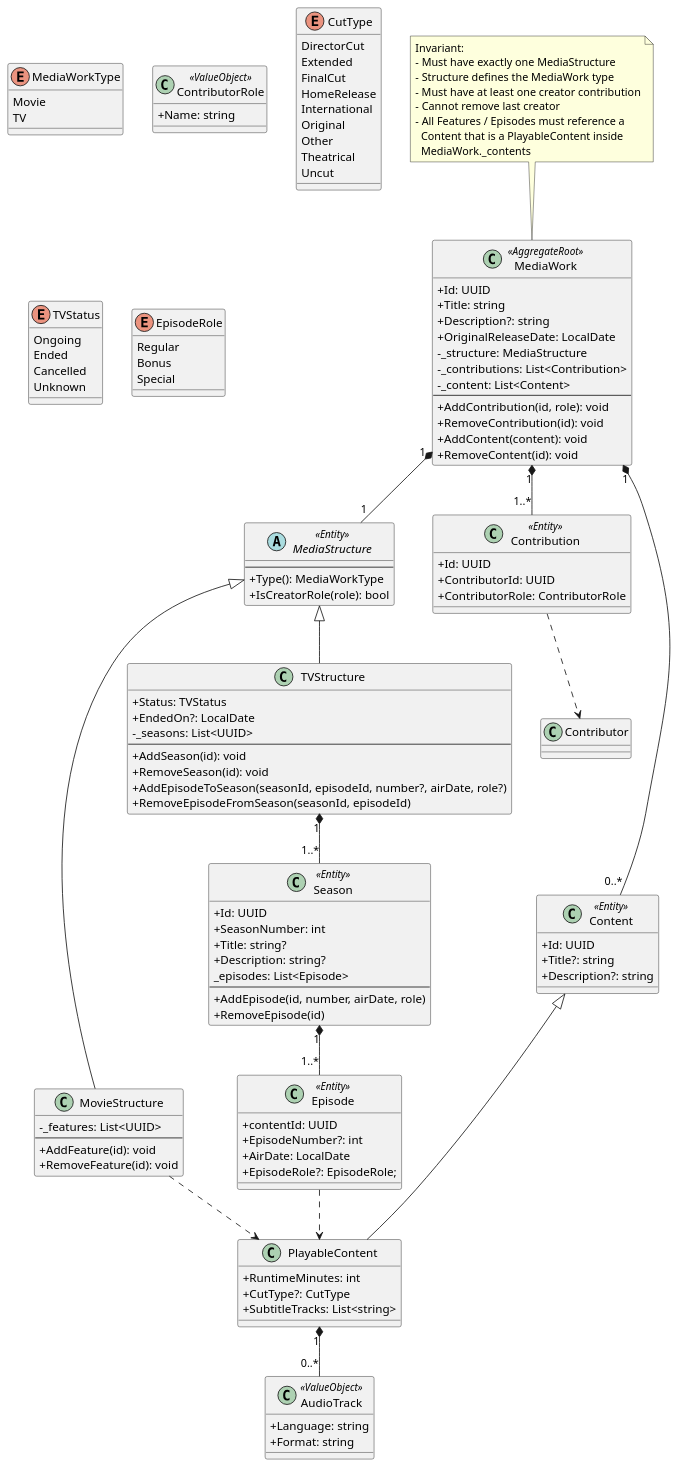
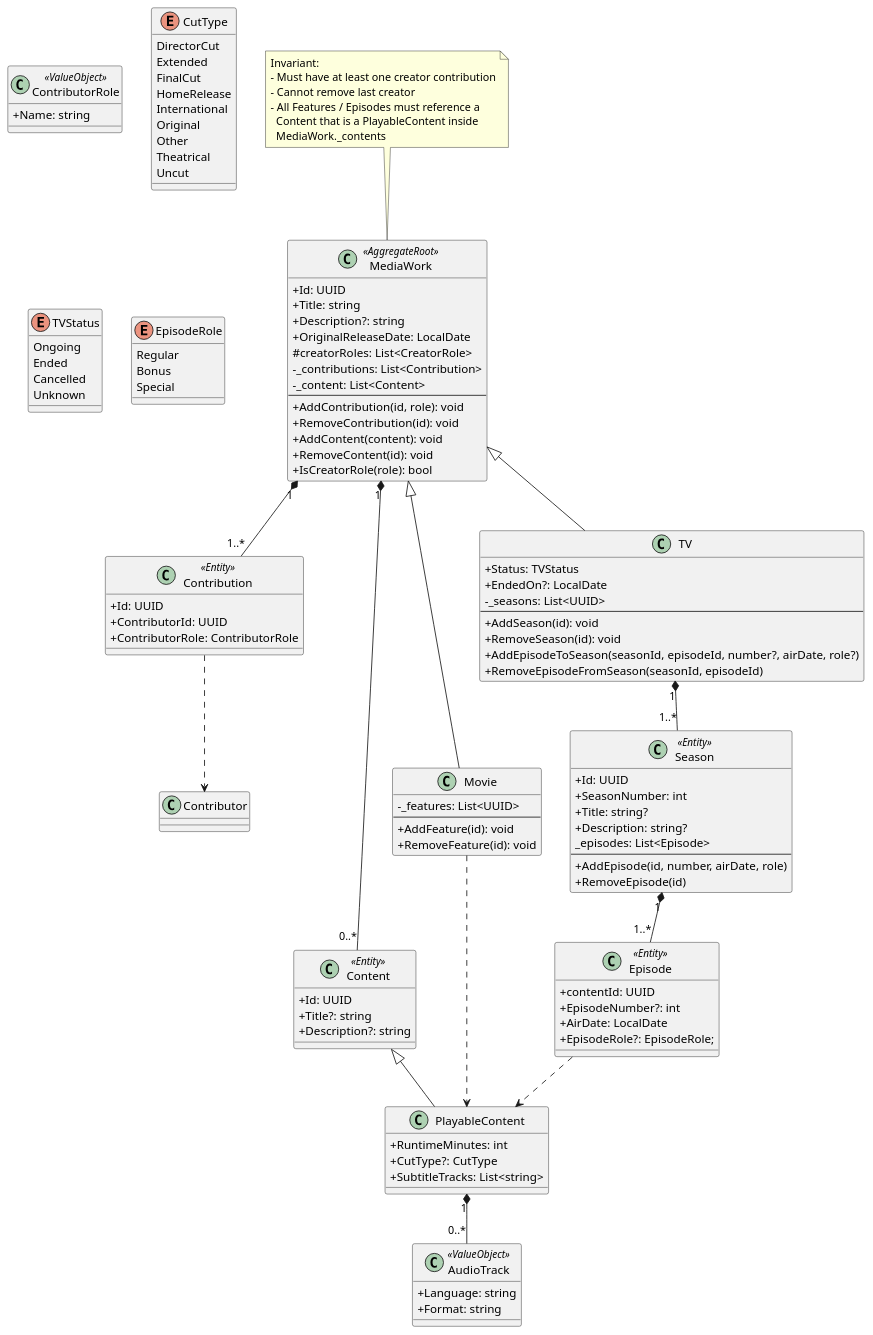
One commit to yantue/colleq changed the diagram in docs/uml/domain/domain-media-work.puml. Above: the diagram before and after it, drawn with PlantUML.

Commit message:
docs: Update MediaWork model back to use inheritance instead of composition
While both composition and inheritance provide extensibility, the model was reverted back to inheritance because media types are stable domain concepts and inheritance provides the same flexibility as the previous composition (which actually moved the inheritance from MediaWork to MediaStructure) while gaining stronger expressiveness, clearer invariants and better alignment with domain language.

```diff
--- a/docs/uml/domain/domain-media-work.puml
+++ b/docs/uml/domain/domain-media-work.puml
@@ -1,157 +1,143 @@
 @startuml
 skinparam classAttributeIconSize 0
 
 ' ===== CORE =====
 class MediaWork <<AggregateRoot>> {
     +Id: UUID
     +Title: string
     +Description?: string
     +OriginalReleaseDate: LocalDate
-    -_structure: MediaStructure
+    #creatorRoles: List<CreatorRole>
     -_contributions: List<Contribution>
     -_content: List<Content>
     --
     +AddContribution(id, role): void
     +RemoveContribution(id): void
     +AddContent(content): void
     +RemoveContent(id): void
+    +IsCreatorRole(role): bool
 }
 
 note top of MediaWork
 Invariant:
-- Must have exactly one MediaStructure
-- Structure defines the MediaWork type
 - Must have at least one creator contribution
 - Cannot remove last creator
 - All Features / Episodes must reference a
   Content that is a PlayableContent inside
   MediaWork._contents
 end note
-
-abstract class MediaStructure <<Entity>> {
-    --
-    +Type(): MediaWorkType
-    +IsCreatorRole(role): bool
-}
-
-MediaWork "1" *-- "1" MediaStructure
-
-enum MediaWorkType {
-    Movie
-    TV
-}
 
 ' ===== CONTRIBUTIONS =====
 class Contribution <<Entity>> {
     +Id: UUID
     +ContributorId: UUID
     +ContributorRole: ContributorRole
 }
 
 class ContributorRole <<ValueObject>> {
     +Name: string
 }
 
 MediaWork "1" *-- "1..*" Contribution
 
 ' ===== CONTENT =====
 class Content <<Entity>> {
     +Id: UUID
     +Title?: string
     +Description?: string
 }
 
 MediaWork "1" *-- "0..*" Content
 
 class PlayableContent {
     +RuntimeMinutes: int
     +CutType?: CutType
     +SubtitleTracks: List<string>
 }
 
 enum CutType {
     DirectorCut
     Extended
     FinalCut
     HomeRelease
     International
     Original
     Other
     Theatrical
     Uncut
 }
 
 Content <|-- PlayableContent
 
 class AudioTrack <<ValueObject>> {
     +Language: string
     +Format: string
 }
 
 PlayableContent "1" *-- "0..*" AudioTrack
 
 ' ===== MOVIE =====
-class MovieStructure {
+class Movie {
     -_features: List<UUID>
     --
     +AddFeature(id): void
     +RemoveFeature(id): void
 }
 
-MediaStructure <|-- MovieStructure
-MovieStructure ..> PlayableContent
+MediaWork <|-- Movie
+Movie ..> PlayableContent
 
 ' ===== TV =====
-class TVStructure {
+class TV {
     +Status: TVStatus
     +EndedOn?: LocalDate
     -_seasons: List<UUID>
     --
     +AddSeason(id): void
     +RemoveSeason(id): void
     +AddEpisodeToSeason(seasonId, episodeId, number?, airDate, role?)
     +RemoveEpisodeFromSeason(seasonId, episodeId)
 }
 
-MediaStructure <|-- TVStructure
+MediaWork <|-- TV
 
 enum TVStatus {
     Ongoing
     Ended
     Cancelled
     Unknown
 }
 
 class Season <<Entity>> {
     +Id: UUID
     +SeasonNumber: int
     +Title: string?
     +Description: string?
     _episodes: List<Episode>
     --
     +AddEpisode(id, number, airDate, role)
     +RemoveEpisode(id)
 }
 
-TVStructure "1" *-- "1..*" Season
+TV "1" *-- "1..*" Season
 
 class Episode <<Entity>> {
     +contentId: UUID
     +EpisodeNumber?: int
     +AirDate: LocalDate
     +EpisodeRole?: EpisodeRole;
 }
 
 Season "1" *-- "1..*" Episode
 Episode ..> PlayableContent
 
 enum EpisodeRole {
     Regular
     Bonus
     Special
 }
 
 ' ===== CROSS-AGGREGATE REFERENCE =====
 Contribution ..> Contributor
 
 @enduml
```
